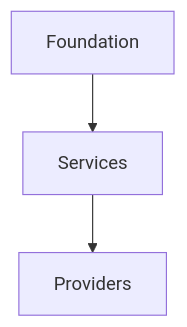
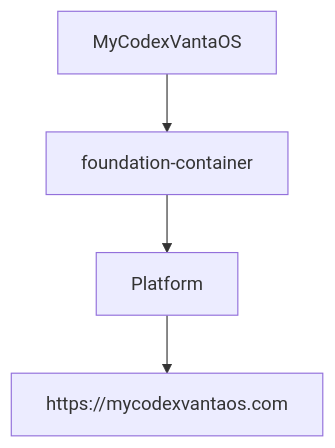
One commit to mycodexvantaos/mcv changed the diagram in foundation/diagrams/foundation-container.mmd. Above: the diagram before and after it, drawn with Mermaid. The commit also changed 844 other files, not shown here.

```diff
--- a/foundation/diagrams/foundation-container.mmd
+++ b/foundation/diagrams/foundation-container.mmd
@@ -1,3 +1,4 @@
 graph TD
-    A[Foundation] --> B[Services]
-    B --> C[Providers]
+    A[MyCodexVantaOS] --> B[foundation-container]
+    B --> C[Platform]
+    C --> D[https://mycodexvantaos.com]
```
